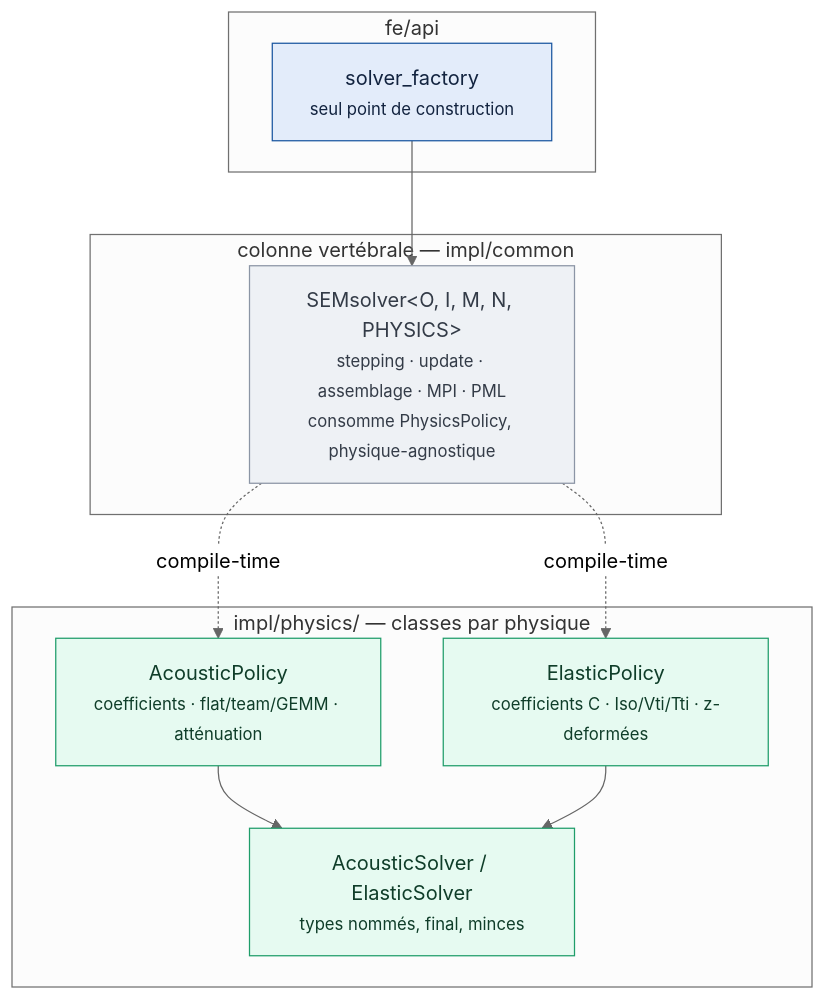
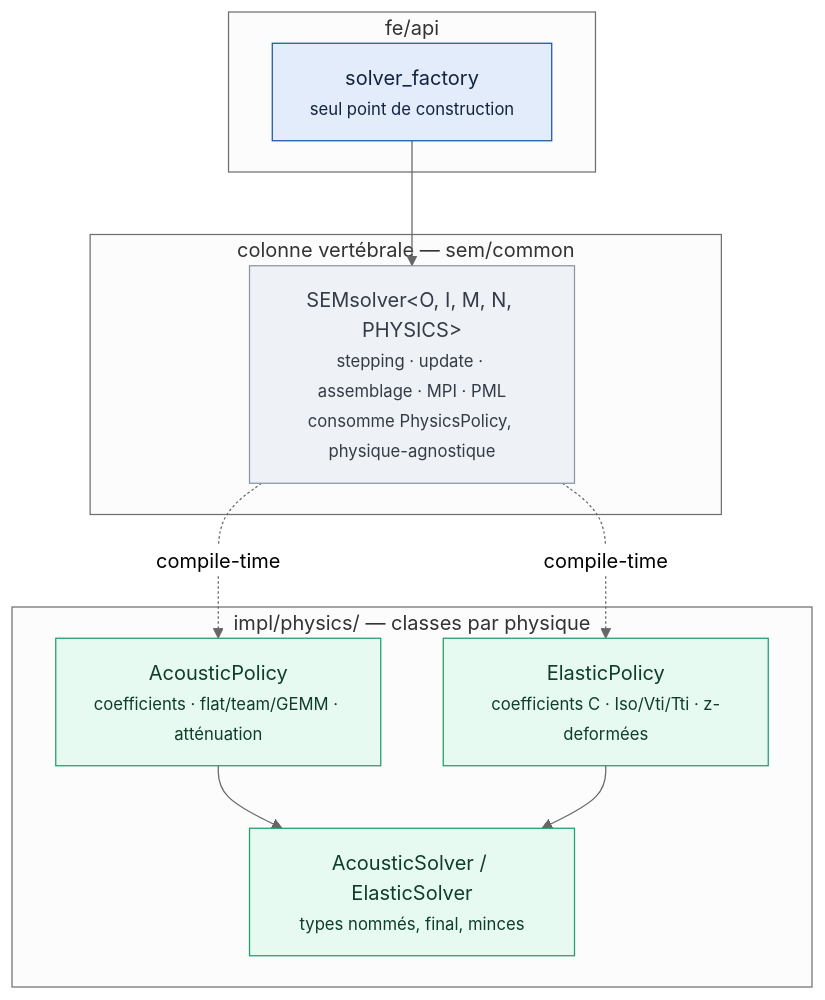
One commit to FUnTiDES-sim/FUnTiDES changed the diagram in documentation/physics-policy-design.md. Above: the diagram before and after it, drawn with Mermaid (neutral theme). The commit also changed other lines of this file and 134 other files, not shown here.

````diff
--- a/documentation/physics-policy-design.md
+++ b/documentation/physics-policy-design.md
@@ -57,26 +66,26 @@
 ```mermaid
 graph TD
     subgraph API["fe/api"]
         factory["solver_factory<br/><small>seul point de construction</small>"]
     end
-    subgraph SPINE["colonne vertébrale — impl/common"]
+    subgraph SPINE["colonne vertébrale — sem/common"]
         core["SEMsolver&lt;O, I, M, N, PHYSICS&gt;<br/><small>stepping · update · assemblage · MPI · PML<br/>consomme PhysicsPolicy, physique-agnostique</small>"]
     end
     subgraph PHYS["impl/physics/ — classes par physique"]
         ac["AcousticPolicy<br/><small>coefficients · flat/team/GEMM · atténuation</small>"]
         el["ElasticPolicy<br/><small>coefficients C · Iso/Vti/Tti · z-deformées</small>"]
         users["AcousticSolver / ElasticSolver<br/><small>types nommés, final, minces</small>"]
     end
     factory --> core
     core -.->|compile-time| ac
     core -.->|compile-time| el
     ac --> users
     el --> users
 
     classDef api fill:#e3ecfa,stroke:#1a56a0,color:#12233f;
     classDef spine fill:#eef1f5,stroke:#8b95a5,color:#333b47;
     classDef phys fill:#e6faf1,stroke:#1f9d6a,color:#0f3d29;
     class factory api;
     class core spine;
     class ac,el,users phys;
 ```
````
